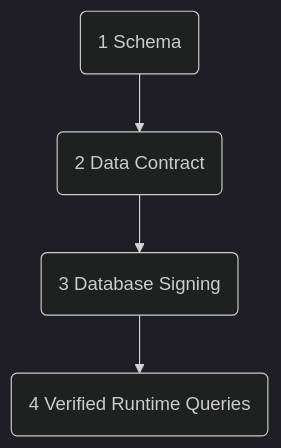
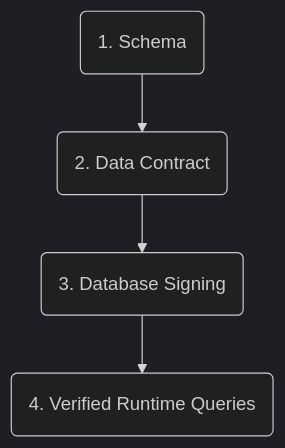
Before and after one commit to poiintt/web: the diagram in apps/docs/content/docs/orm/temp-next/index.mdx, drawn with Mermaid (dark theme). The commit also changed other lines of this file, not shown here.

Commit message:
docs(docs): update mermaid diagram

````diff
--- a/apps/docs/content/docs/orm/temp-next/index.mdx
+++ b/apps/docs/content/docs/orm/temp-next/index.mdx
@@ -139,9 +137,9 @@
 ```mermaid
 flowchart TB
-  A("1 Schema")
-  B("2 Data Contract")
-  C("3 Database Signing")
-  D("4 Verified Runtime Queries")
+  A("1. Schema")
+  B("2. Data Contract")
+  C("3. Database Signing")
+  D("4. Verified Runtime Queries")
 
   A --> B --> C --> D
 ```
````
